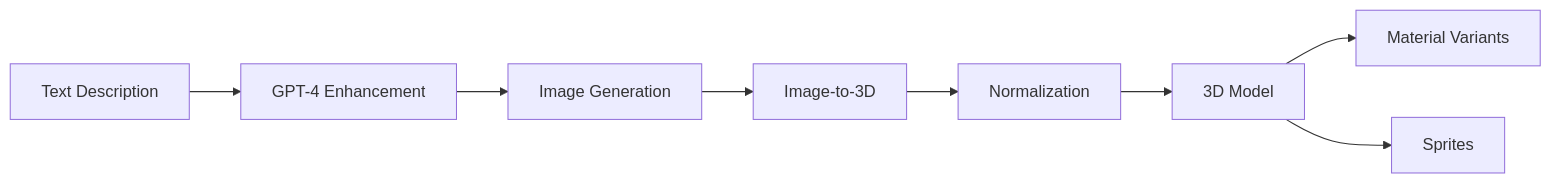
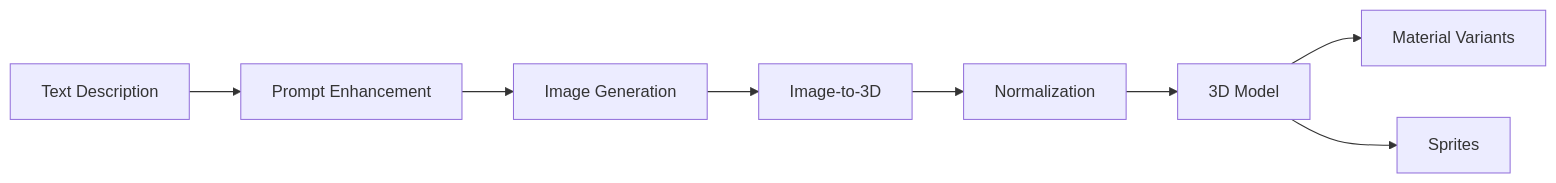
Before and after one commit to atimics/hyperscape: the first of 2 diagrams in packages/asset-forge/dev-book/01-overview/introduction.md, drawn with Mermaid. The commit also changed 20 other files, not shown here.

````diff
--- a/packages/asset-forge/dev-book/01-overview/introduction.md
+++ b/packages/asset-forge/dev-book/01-overview/introduction.md
@@ -180,10 +180,10 @@
 ```mermaid
 graph LR
-    A[Text Description] --> B[GPT-4 Enhancement]
+    A[Text Description] --> B[Prompt Enhancement]
     B --> C[Image Generation]
     C --> D[Image-to-3D]
     D --> E[Normalization]
     E --> F[3D Model]
     F --> G[Material Variants]
     F --> H[Sprites]
 ```
````
